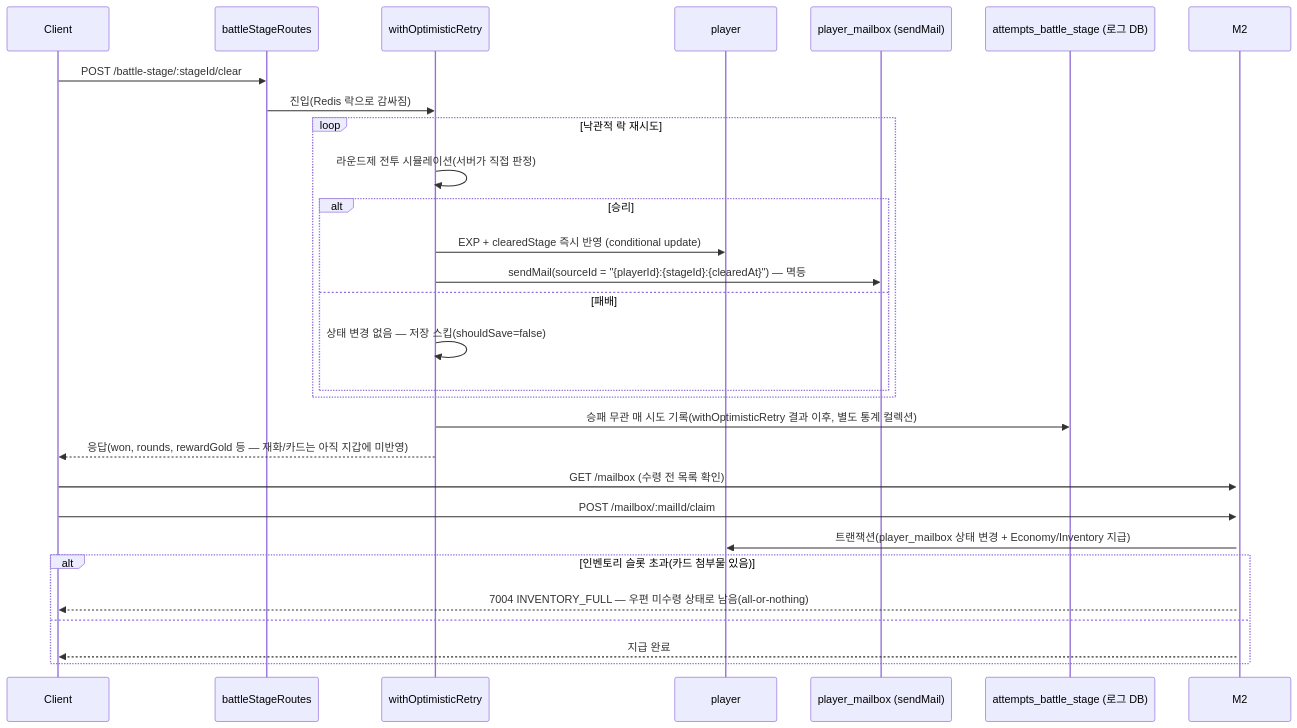
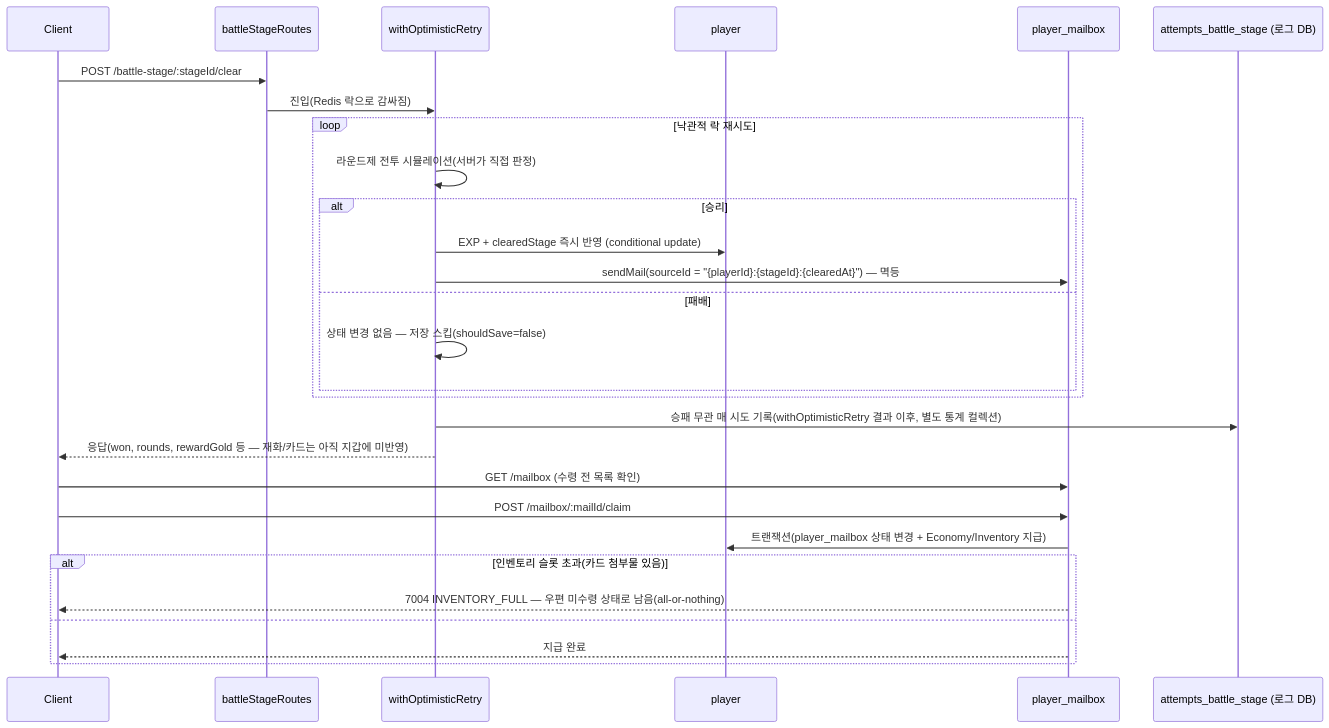
One commit to trisakion0500/enhance-or-bust changed the diagram in docs/07_BATTLE_MAILBOX_SCENARIO.md. Above: the diagram before and after it, drawn with Mermaid.

Commit message:
07 문서 시퀀스 다이어그램의 선언 안 된 M2 participant 참조 수정

````diff
--- a/docs/07_BATTLE_MAILBOX_SCENARIO.md
+++ b/docs/07_BATTLE_MAILBOX_SCENARIO.md
@@ -18,32 +18,32 @@
 ```mermaid
 sequenceDiagram
     participant C as Client
     participant B as battleStageRoutes
     participant O as withOptimisticRetry
     participant P as player
-    participant M as player_mailbox (sendMail)
+    participant M as player_mailbox
     participant A as attempts_battle_stage (로그 DB)
 
     C->>B: POST /battle-stage/:stageId/clear
     B->>O: 진입(Redis 락으로 감싸짐)
     loop 낙관적 락 재시도
         O->>O: 라운드제 전투 시뮬레이션(서버가 직접 판정)
         alt 승리
             O->>P: EXP + clearedStage 즉시 반영 (conditional update)
             O->>M: sendMail(sourceId = "{playerId}:{stageId}:{clearedAt}") — 멱등
         else 패배
             O->>O: 상태 변경 없음 — 저장 스킵(shouldSave=false)
         end
     end
     O->>A: 승패 무관 매 시도 기록(withOptimisticRetry 결과 이후, 별도 통계 컬렉션)
     O-->>C: 응답(won, rounds, rewardGold 등 — 재화/카드는 아직 지갑에 미반영)
 
-    C->>+M2: GET /mailbox (수령 전 목록 확인)
-    C->>M2: POST /mailbox/:mailId/claim
-    M2->>P: 트랜잭션(player_mailbox 상태 변경 + Economy/Inventory 지급)
+    C->>M: GET /mailbox (수령 전 목록 확인)
+    C->>M: POST /mailbox/:mailId/claim
+    M->>P: 트랜잭션(player_mailbox 상태 변경 + Economy/Inventory 지급)
     alt 인벤토리 슬롯 초과(카드 첨부물 있음)
-        M2-->>C: 7004 INVENTORY_FULL — 우편 미수령 상태로 남음(all-or-nothing)
+        M-->>C: 7004 INVENTORY_FULL — 우편 미수령 상태로 남음(all-or-nothing)
     else
-        M2-->>C: 지급 완료
+        M-->>C: 지급 완료
     end
 ```
````
